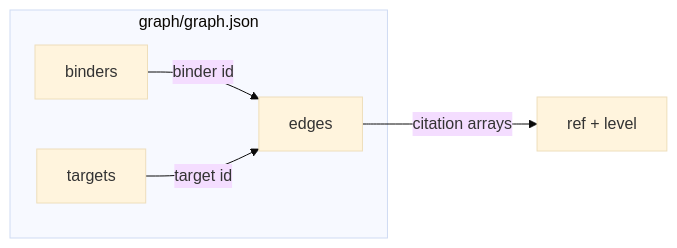
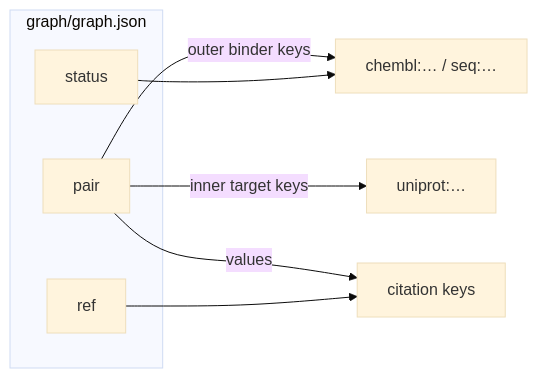
Before and after one commit to wetware-hq/catalog: the diagram in README.md, drawn with Mermaid (base theme). The commit also changed other lines of this file and 3 other files, not shown here.

First line of the commit message:
Lock bigraph format to pair/status/ref prefixed keys

````diff
--- a/README.md
+++ b/README.md
@@ -7,11 +7,13 @@
 ```mermaid
 flowchart LR
-  subgraph graph["graph/graph.json"]
-    B[binders]
-    T[targets]
-    E[edges]
+  subgraph file["graph/graph.json"]
+    P[pair]
+    S[status]
+    R[ref]
   end
-  B -->|binder id| E
-  T -->|target id| E
-  E -->|citation arrays| C["ref + level"]
+  P -->|outer binder keys| B["chembl:… / seq:…"]
+  P -->|inner target keys| T["uniprot:…"]
+  P -->|values| C["citation keys"]
+  S --> B
+  R --> C
 ```
````
